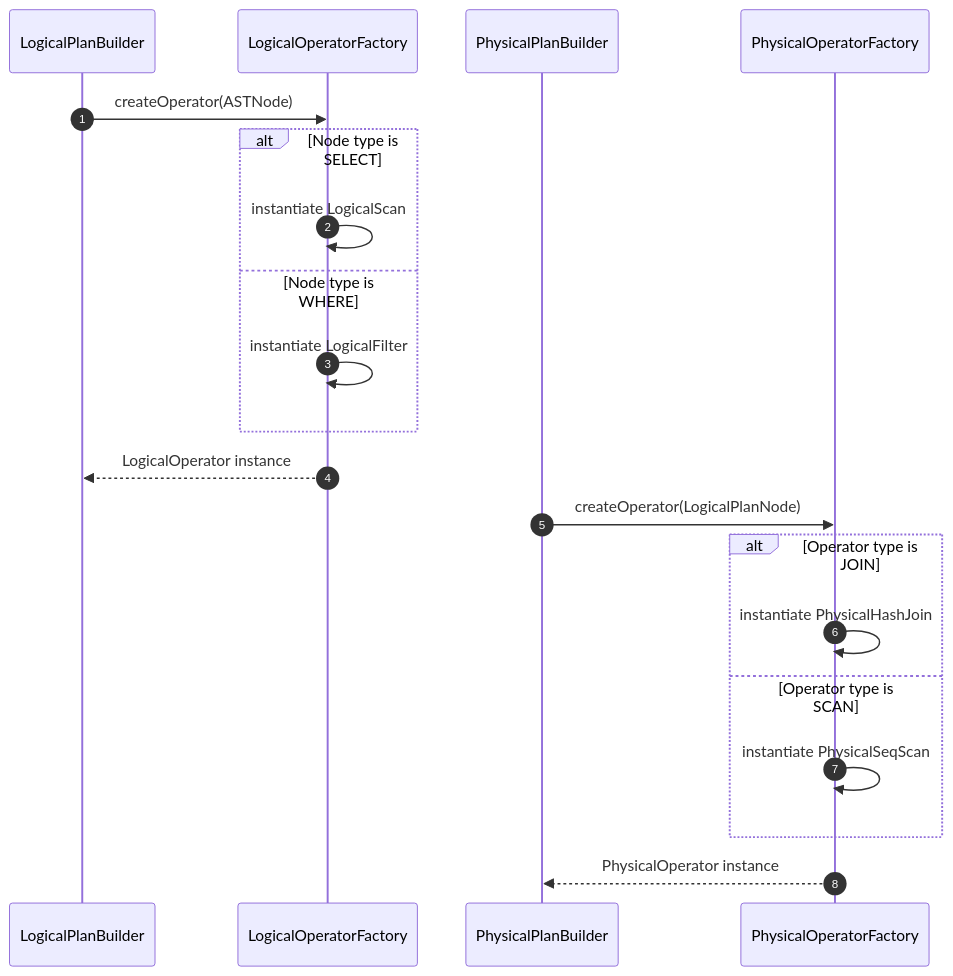
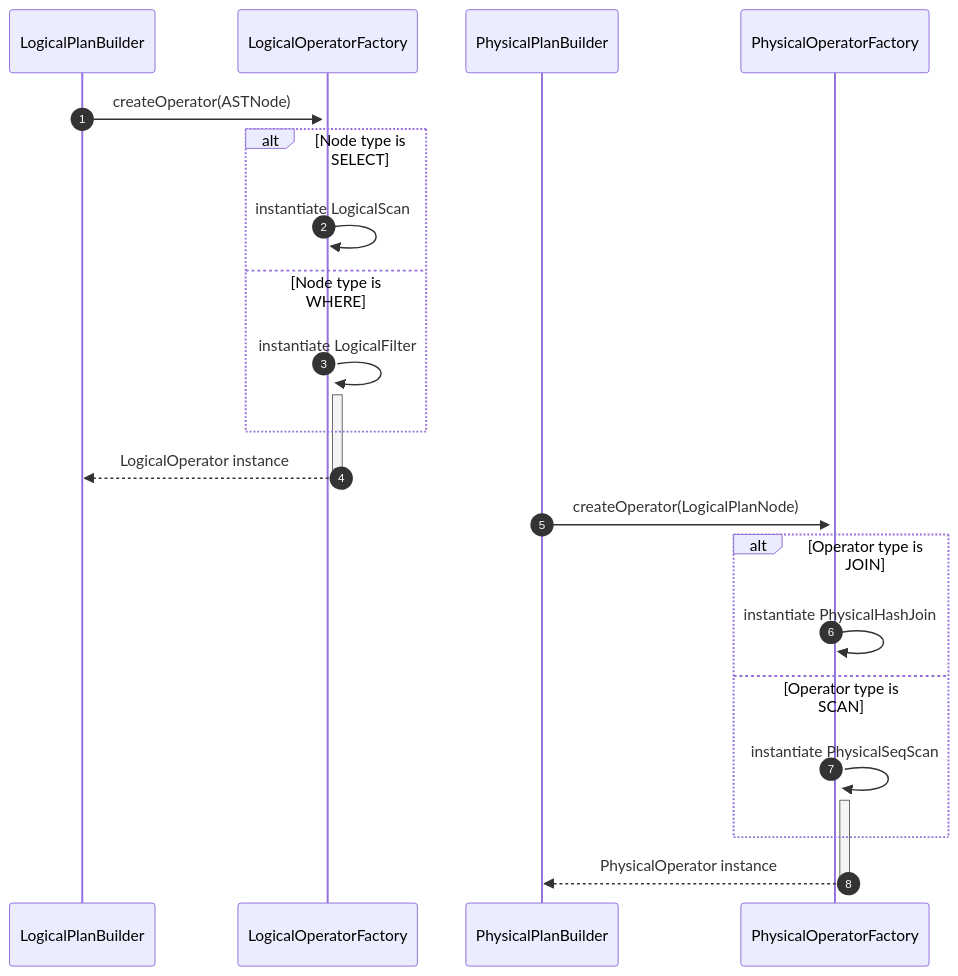
Before and after one commit to Dikhang1112/Database_Management_BBV: the seventh of 13 diagrams in docs/design_patterns/query_processor/Sequece.md, drawn with Mermaid. The commit also changed other lines of this file and 12 other files, not shown here.

Commit message:
Refactor sequece diagram

````diff
--- a/docs/design_patterns/query_processor/Sequece.md
+++ b/docs/design_patterns/query_processor/Sequece.md
@@ -202,24 +202,24 @@
 ```mermaid
 sequenceDiagram
     autonumber
     participant LPB as LogicalPlanBuilder
     participant LOF as LogicalOperatorFactory
     participant PPB as PhysicalPlanBuilder
     participant POF as PhysicalOperatorFactory
 
-    LPB->>LOF: createOperator(ASTNode)
+    LPB->>+LOF: createOperator(ASTNode)
     alt Node type is SELECT
-        LOF->>LOF: instantiate LogicalScan
+        LOF->>+LOF: instantiate LogicalScan
     else Node type is WHERE
-        LOF->>LOF: instantiate LogicalFilter
+        LOF->>+LOF: instantiate LogicalFilter
     end
-    LOF-->>LPB: LogicalOperator instance
+    LOF-->>-LPB: LogicalOperator instance
 
-    PPB->>POF: createOperator(LogicalPlanNode)
+    PPB->>+POF: createOperator(LogicalPlanNode)
     alt Operator type is JOIN
-        POF->>POF: instantiate PhysicalHashJoin
+        POF->>+POF: instantiate PhysicalHashJoin
     else Operator type is SCAN
-        POF->>POF: instantiate PhysicalSeqScan
+        POF->>+POF: instantiate PhysicalSeqScan
     end
-    POF-->>PPB: PhysicalOperator instance
+    POF-->>-PPB: PhysicalOperator instance
 ```
````
